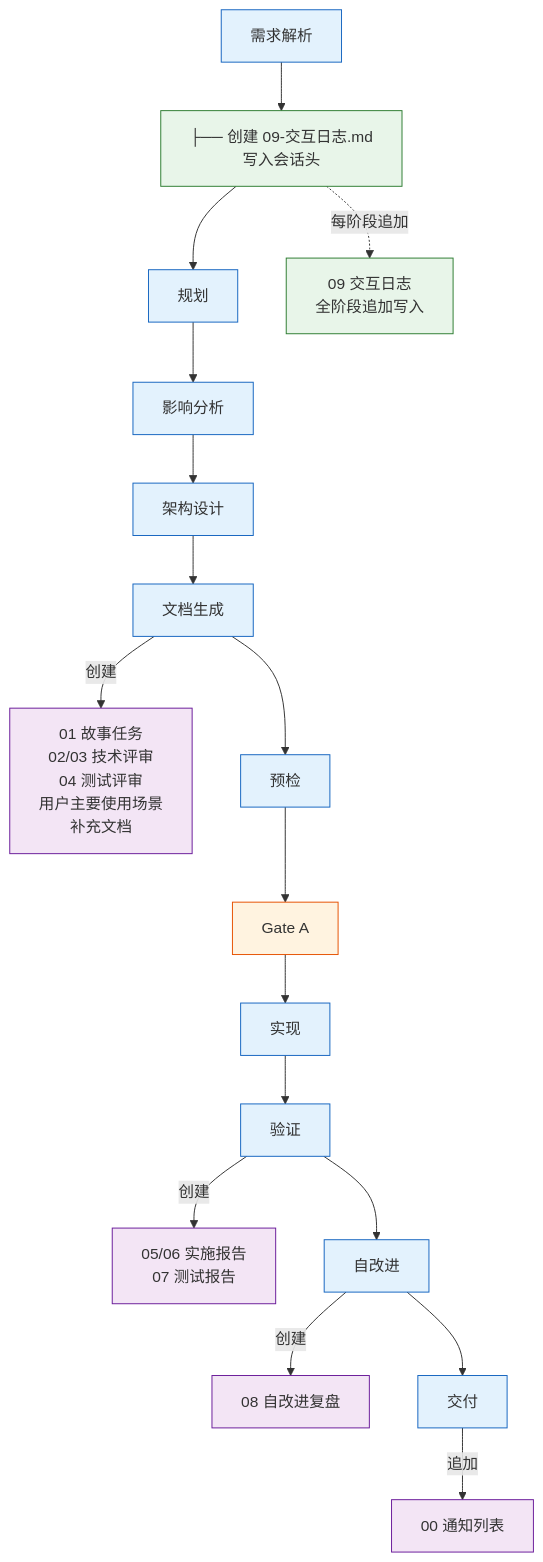
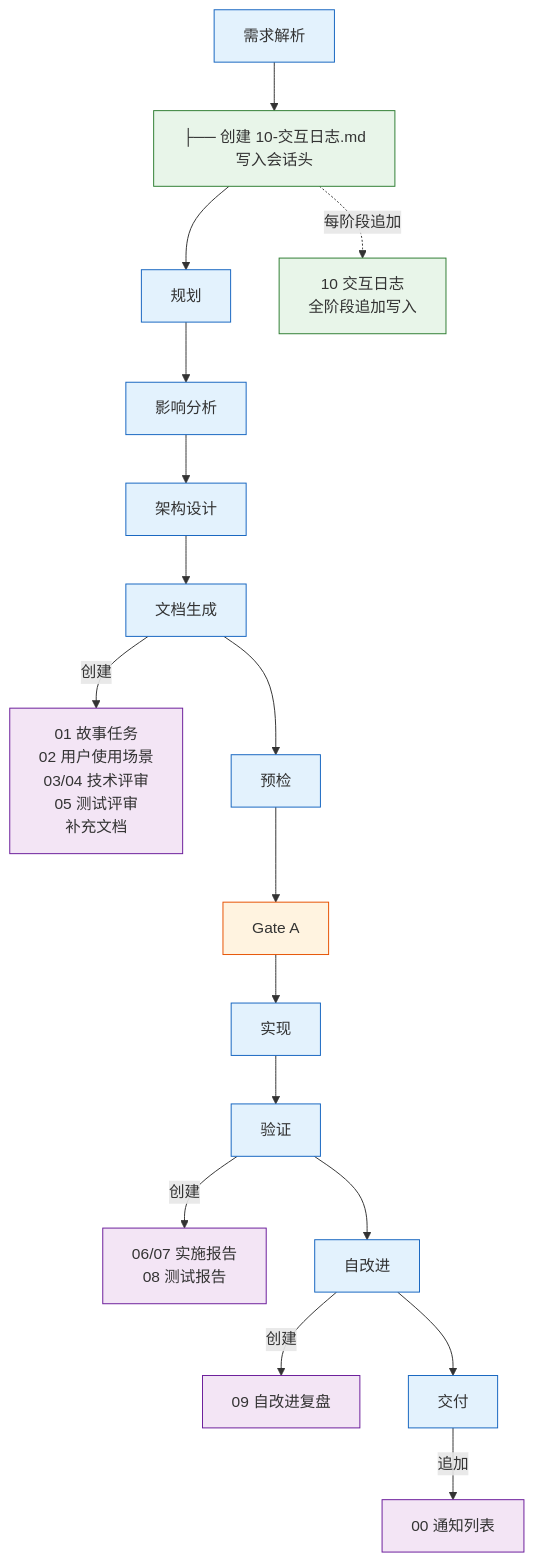
Before and after one commit to effiy/YrY: the second of 5 diagrams in skills/rui/coder.md, drawn with Mermaid. The commit also changed other lines of this file and 11 other files, not shown here.

````diff
--- a/skills/rui/coder.md
+++ b/skills/rui/coder.md
@@ -76,24 +76,24 @@
 ```mermaid
 flowchart TB
-    A["需求解析"]:::phase --> A1["├── 创建 09-交互日志.md<br/>写入会话头"]:::log
+    A["需求解析"]:::phase --> A1["├── 创建 10-交互日志.md<br/>写入会话头"]:::log
     A1 --> B["规划"]:::phase
     B --> C["影响分析"]:::phase
     C --> D["架构设计"]:::phase
     D --> E["文档生成"]:::phase
-    E -->|"创建"| E1["01 故事任务<br/>02/03 技术评审<br/>04 测试评审<br/>用户主要使用场景<br/>补充文档"]:::create
+    E -->|"创建"| E1["01 故事任务<br/>02 用户使用场景<br/>03/04 技术评审<br/>05 测试评审<br/>补充文档"]:::create
     E --> F["预检"]:::phase
     F --> G["Gate A"]:::gate
     G --> H["实现"]:::phase
     H --> I["验证"]:::phase
-    I -->|"创建"| I1["05/06 实施报告<br/>07 测试报告"]:::create
+    I -->|"创建"| I1["06/07 实施报告<br/>08 测试报告"]:::create
     I --> J["自改进"]:::phase
-    J -->|"创建"| J1["08 自改进复盘"]:::create
+    J -->|"创建"| J1["09 自改进复盘"]:::create
     J --> K["交付"]:::phase
     K -->|"追加"| K1["00 通知列表"]:::create
-    A1 -.->|"每阶段追加"| A2["09 交互日志<br/>全阶段追加写入"]:::log
+    A1 -.->|"每阶段追加"| A2["10 交互日志<br/>全阶段追加写入"]:::log
 
     classDef phase fill:#e3f2fd,stroke:#1565c0;
     classDef gate fill:#fff3e0,stroke:#e65100;
     classDef create fill:#f3e5f5,stroke:#6a1b9a;
     classDef log fill:#e8f5e9,stroke:#2e7d32;
 ```
````
